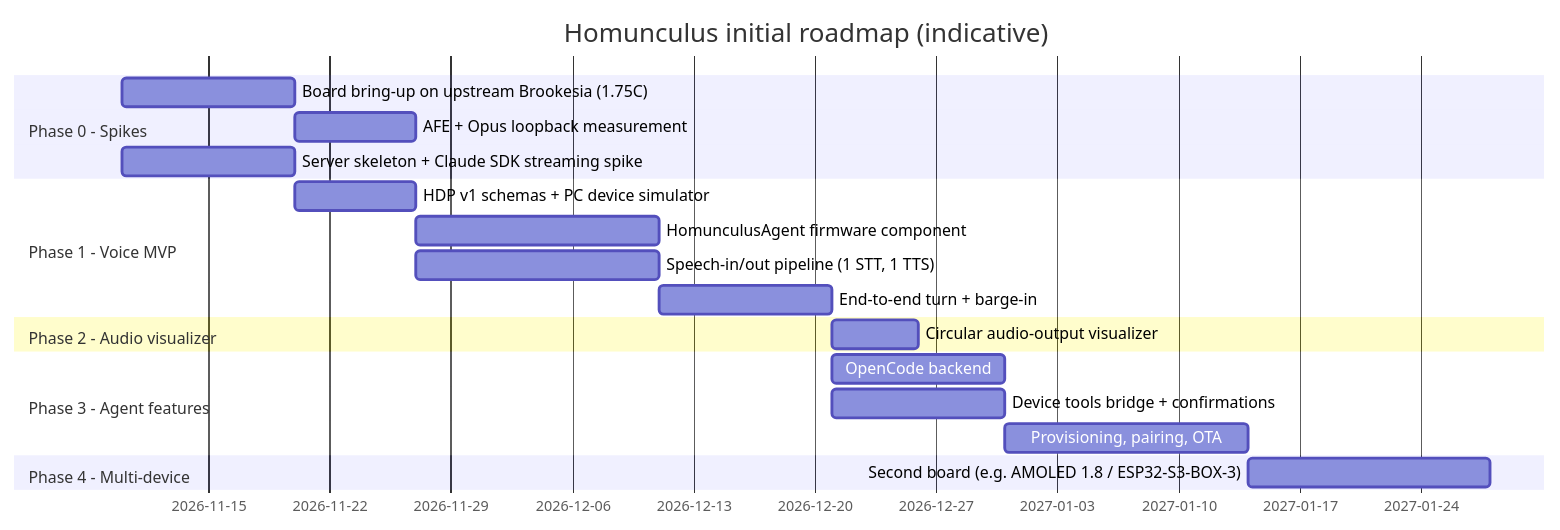
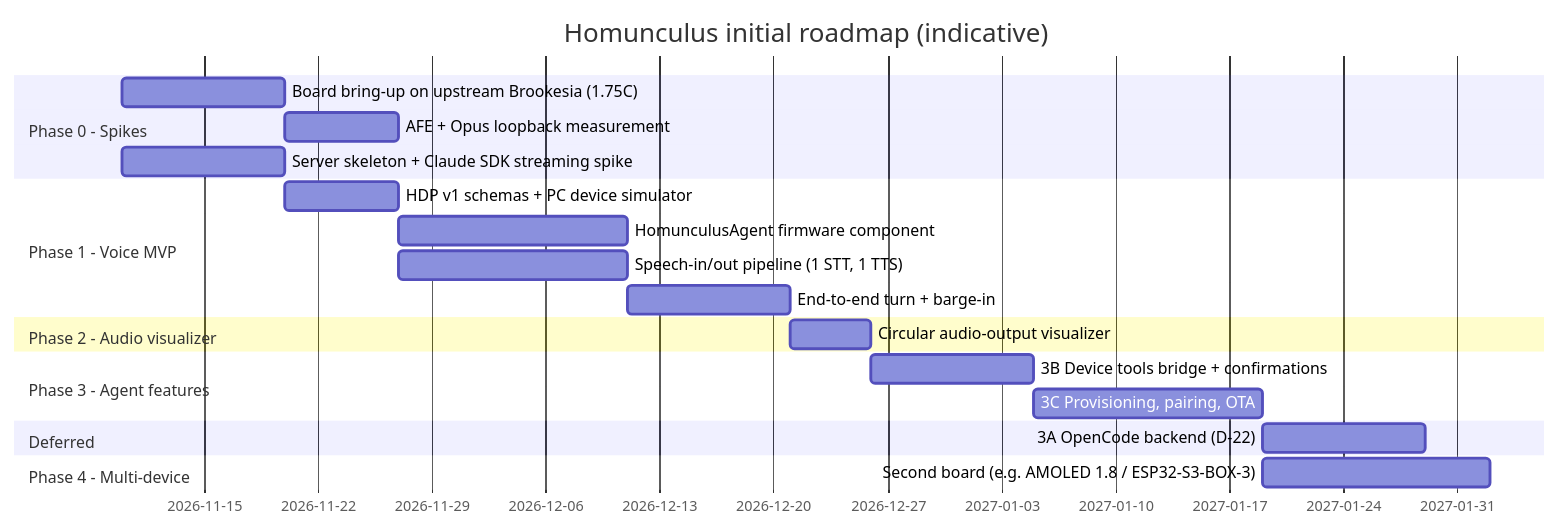
Before and after one commit to 0x1d/crucible: the diagram in docs/specification/08-roadmap-and-open-items.md, drawn with Mermaid. The commit also changed other lines of this file and 1 other file, not shown here.

Commit message:
docs: replan Phase 3 — 3B then 3C, OpenCode backend (3A) deferred (D-22)

````diff
--- a/docs/specification/08-roadmap-and-open-items.md
+++ b/docs/specification/08-roadmap-and-open-items.md
@@ -37,22 +37,23 @@
 ```mermaid
 gantt
     dateFormat  YYYY-MM-DD
     title Homunculus initial roadmap (indicative)
     section Phase 0 - Spikes
     Board bring-up on upstream Brookesia (1.75C)   :p0a, 2026-11-10, 10d
     AFE + Opus loopback measurement                :p0b, after p0a, 7d
     Server skeleton + Claude SDK streaming spike   :p0c, 2026-11-10, 10d
     section Phase 1 - Voice MVP
     HDP v1 schemas + PC device simulator           :p1a, after p0c, 7d
     HomunculusAgent firmware component             :p1b, after p0b, 14d
     Speech-in/out pipeline (1 STT, 1 TTS)          :p1c, after p1a, 14d
     End-to-end turn + barge-in                     :p1d, after p1b, 10d
     section Phase 2 - Audio visualizer
     Circular audio-output visualizer               :p2a, after p1d, 5d
     section Phase 3 - Agent features
-    OpenCode backend                               :p3a, after p1d, 10d
-    Device tools bridge + confirmations            :p3b, after p1d, 10d
-    Provisioning, pairing, OTA                     :p3c, after p3b, 14d
+    3B Device tools bridge + confirmations         :p3b, after p2a, 10d
+    3C Provisioning, pairing, OTA                  :p3c, after p3b, 14d
+    section Deferred
+    3A OpenCode backend (D-22)                     :p3a, after p3c, 10d
     section Phase 4 - Multi-device
     Second board (e.g. AMOLED 1.8 / ESP32-S3-BOX-3) :p4a, after p3c, 14d
 ```
````
